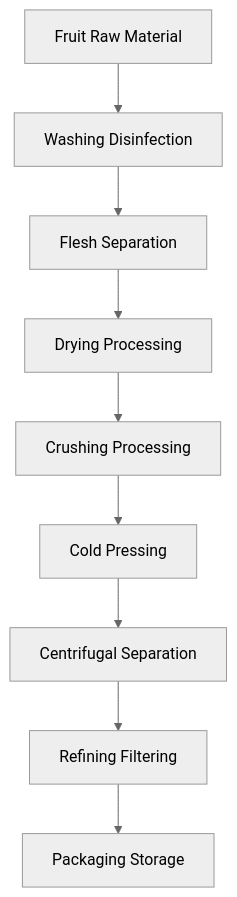
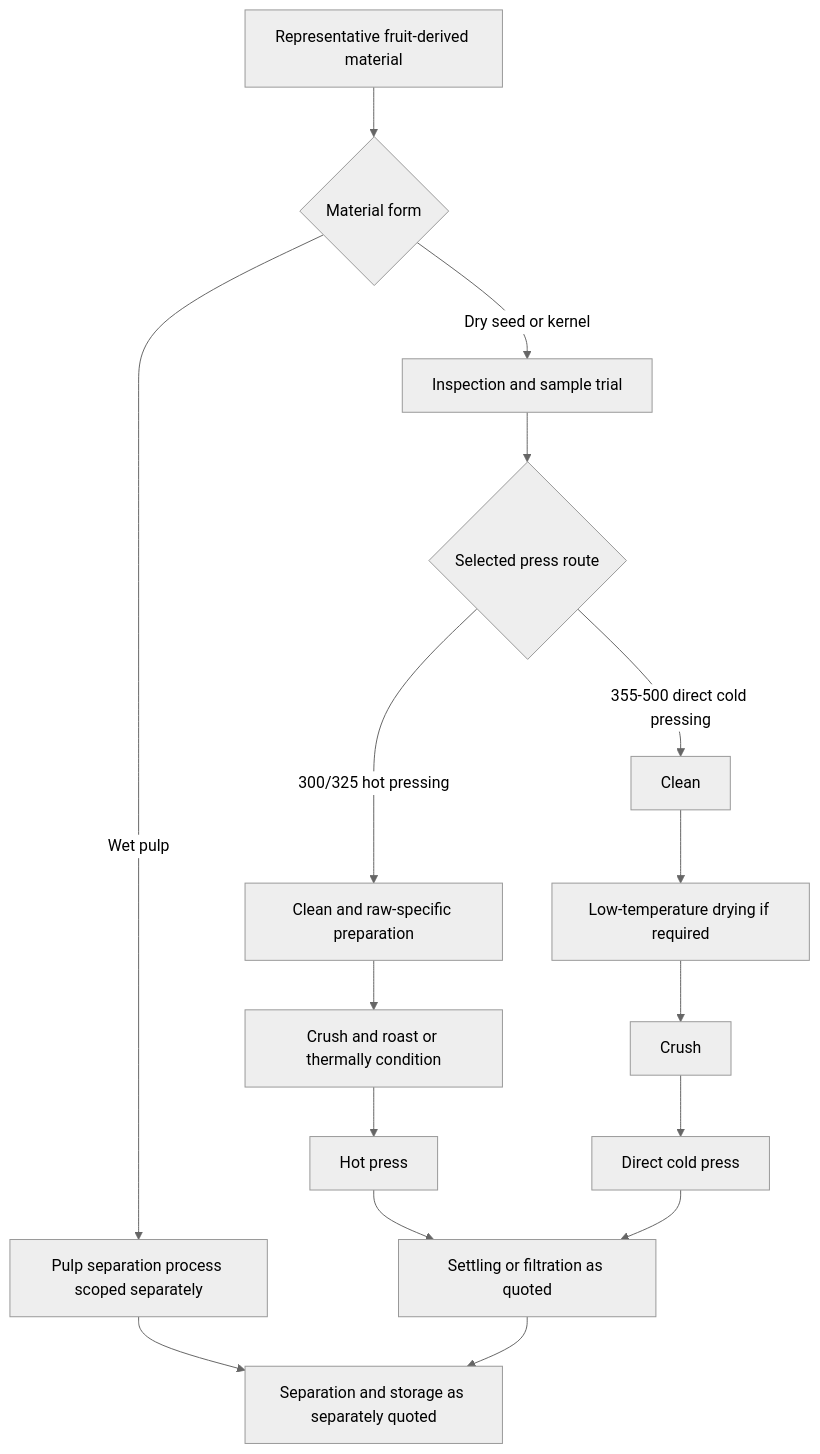
Before and after one commit to roryshanshan/oilpress-website: the diagram in docs/en/solutions/fruits.md, drawn with Mermaid (neutral theme). The commit also changed other lines of this file and 1420 other files, not shown here.

````diff
--- a/docs/en/solutions/fruits.md
+++ b/docs/en/solutions/fruits.md
@@ -72,11 +34,18 @@
 ```mermaid
-graph TD
-    A[Fruit Raw Material] --> B[Washing Disinfection]
-    B --> C[Flesh Separation]
-    C --> D[Drying Processing]
-    D --> E[Crushing Processing]
-    E --> F[Cold Pressing]
-    F --> G[Centrifugal Separation]
-    G --> H[Refining Filtering]
-    H --> I[Packaging Storage]
+flowchart TD
+    A[Representative fruit-derived material] --> B{Material form}
+    B -->|Wet pulp| C[Pulp separation process scoped separately]
+    B -->|Dry seed or kernel| D[Inspection and sample trial]
+    D --> E{Selected press route}
+    E -->|300/325 hot pressing| F[Clean and raw-specific preparation]
+    F --> G[Crush and roast or thermally condition]
+    G --> H[Hot press]
+    E -->|355-500 direct cold pressing| I[Clean]
+    I --> J[Low-temperature drying if required]
+    J --> K[Crush]
+    K --> L[Direct cold press]
+    H --> M[Settling or filtration as quoted]
+    L --> M
+    C --> N[Separation and storage as separately quoted]
+    M --> N
 ```
````
